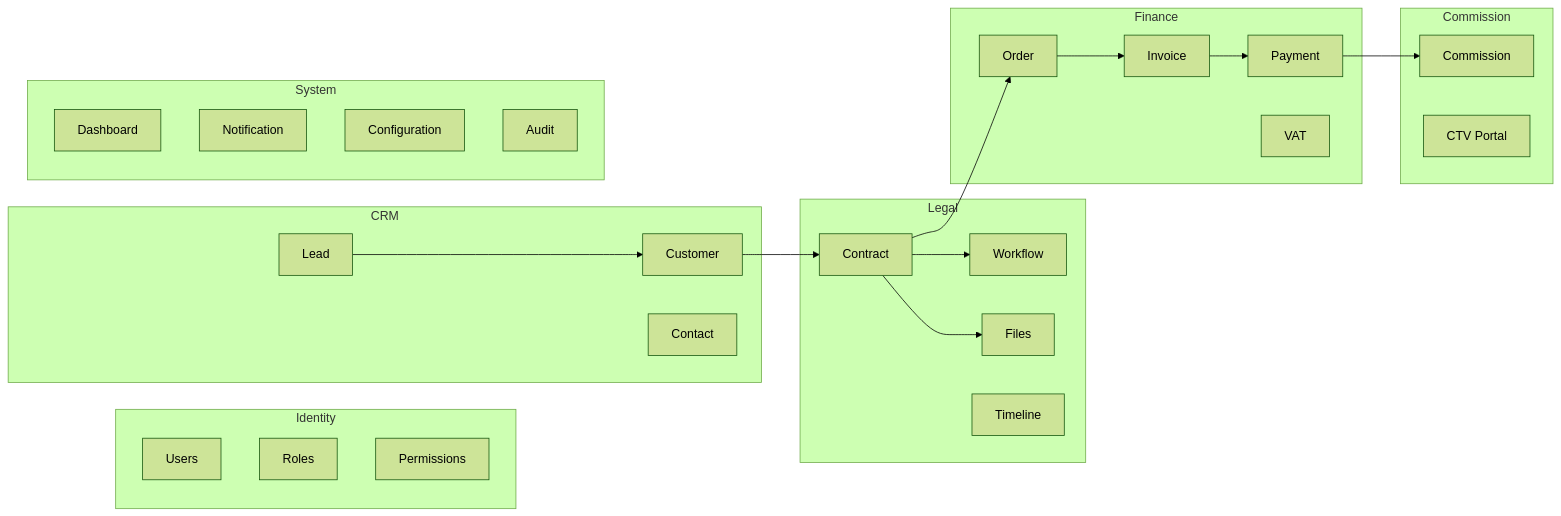
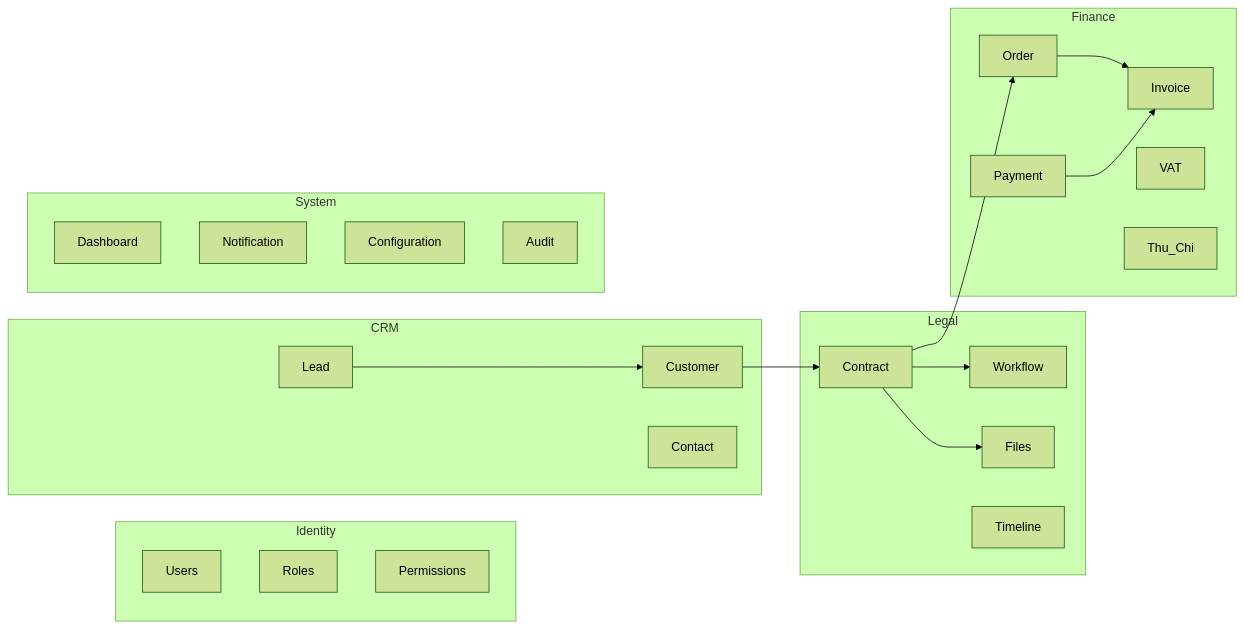
Before and after one commit to PNCTriet/DYN_CRM_BACKEND: the second of 6 diagrams in docs/01-architecture/Architecture.md, drawn with Mermaid (forest theme). The commit also changed other lines of this file and 46 other files, not shown here.

````diff
--- a/docs/01-architecture/Architecture.md
+++ b/docs/01-architecture/Architecture.md
@@ -152,43 +155,39 @@
 ```mermaid
 flowchart LR
   subgraph identity [Identity]
     Users[Users]
     Roles[Roles]
     Perms[Permissions]
   end
   subgraph crm [CRM]
     Lead[Lead]
     Customer[Customer]
     Contact[Contact]
   end
   subgraph legal [Legal]
     Contract[Contract]
     Workflow[Workflow]
     Files[Files]
     Timeline[Timeline]
   end
   subgraph finance [Finance]
     Order[Order]
     Invoice[Invoice]
     Payment[Payment]
     VAT[VAT]
-  end
-  subgraph commission [Commission]
-    Comm[Commission]
-    CTV[CTV Portal]
+    ThuChi[Thu_Chi]
   end
   subgraph system [System]
     Dash[Dashboard]
     Notif[Notification]
     Config[Configuration]
     Audit[Audit]
   end
   Lead --> Customer
   Customer --> Contract
   Contract --> Order
   Order --> Invoice
-  Invoice --> Payment
-  Payment --> Comm
+  Payment --> Invoice
   Contract --> Workflow
   Contract --> Files
 ```
````
